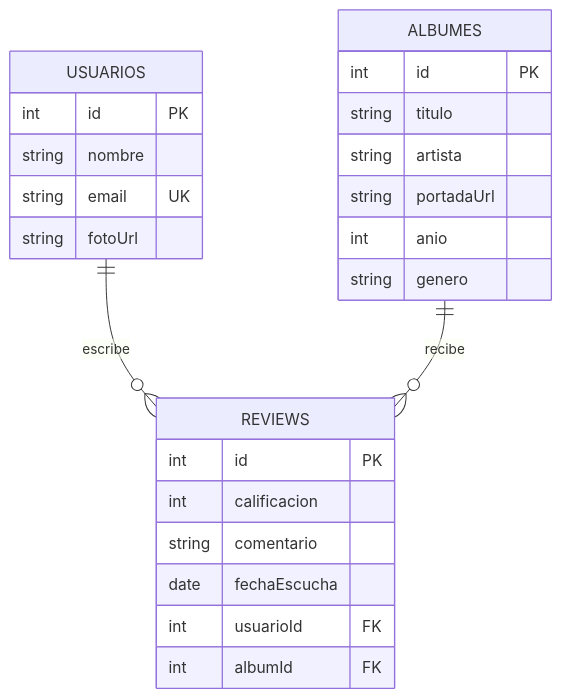
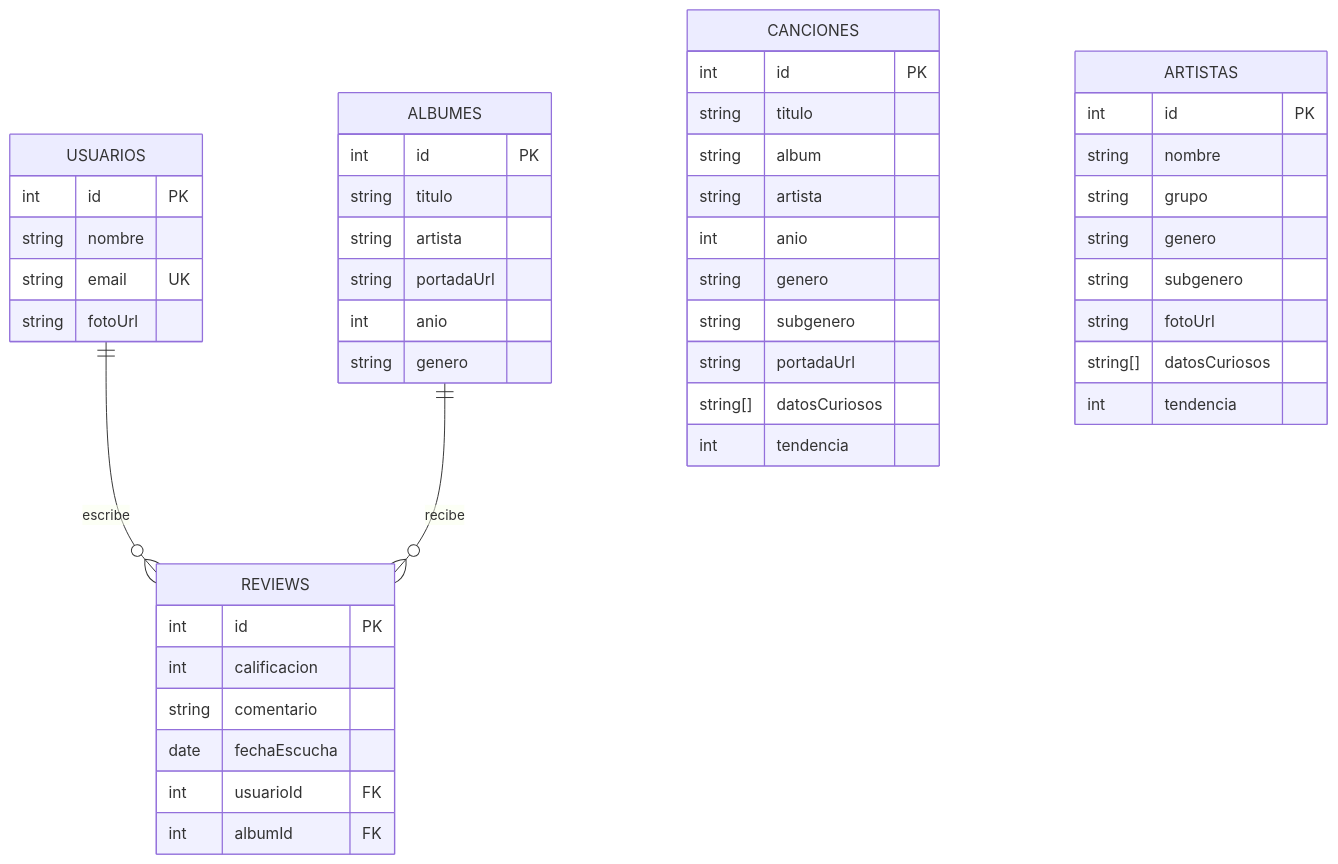
The first of 2 diagrams in README.md (AndresContreras1/mixtapp-backend), drawn with Mermaid before and after one commit. The commit also changed other lines of this file, not shown here.

Commit message:
docs: readme con canciones, artistas, errores 400 y las resenas solo de albumes

````diff
--- a/README.md
+++ b/README.md
@@ -32,27 +33,49 @@
 ```mermaid
 erDiagram
     USUARIOS ||--o{ REVIEWS : escribe
     ALBUMES ||--o{ REVIEWS : recibe
     USUARIOS {
         int id PK
         string nombre
         string email UK
         string fotoUrl
     }
     ALBUMES {
         int id PK
         string titulo
         string artista
         string portadaUrl
         int anio
         string genero
     }
     REVIEWS {
         int id PK
         int calificacion
         string comentario
         date fechaEscucha
         int usuarioId FK
         int albumId FK
     }
+    CANCIONES {
+        int id PK
+        string titulo
+        string album
+        string artista
+        int anio
+        string genero
+        string subgenero
+        string portadaUrl
+        string[] datosCuriosos
+        int tendencia
+    }
+    ARTISTAS {
+        int id PK
+        string nombre
+        string grupo
+        string genero
+        string subgenero
+        string fotoUrl
+        string[] datosCuriosos
+        int tendencia
+    }
 ```
````
